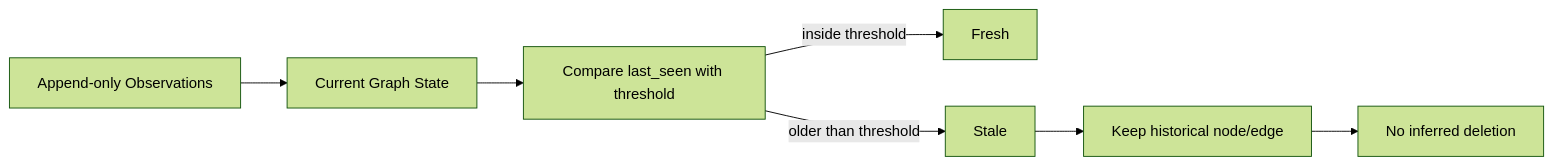
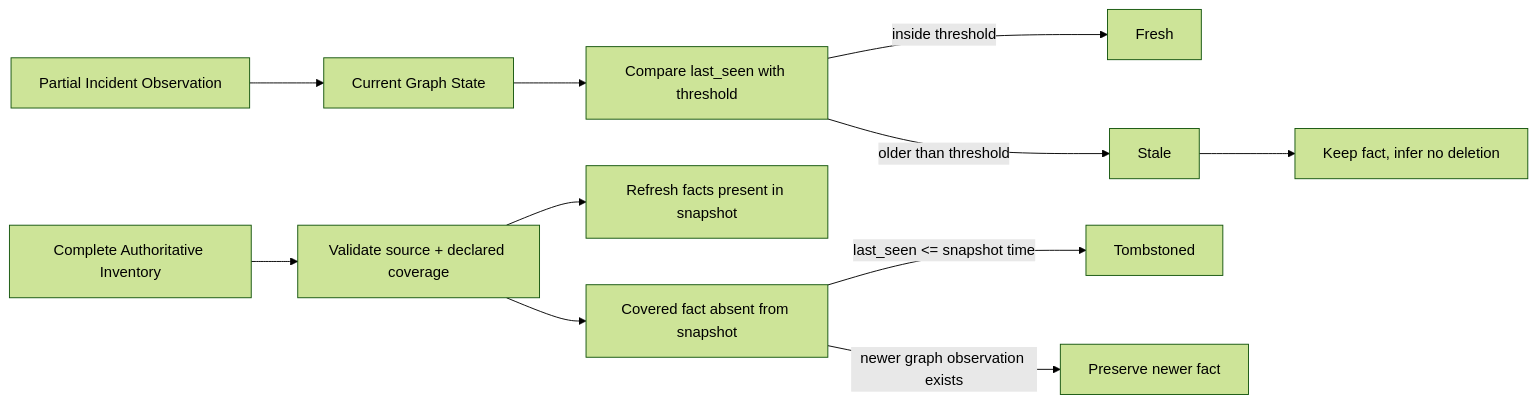
One commit to marcocristofolini/ai-sre-rca changed the second of 3 diagrams in docs/persistent-awareness-graph.md. Above: the diagram before and after it, drawn with Mermaid (forest theme). The commit also changed other lines of this file, not shown here.

Commit message:
docs: document authoritative inventory tombstone semantics

```diff
--- a/docs/persistent-awareness-graph.md
+++ b/docs/persistent-awareness-graph.md
@@ -56,9 +56,14 @@
 ~~~mermaid
 flowchart LR
-    CUR[Current Graph State] --> AGE[Compare last_seen with threshold]
+    INC[Partial Incident Observation] --> CUR[Current Graph State]
+    CUR --> AGE[Compare last_seen with threshold]
     AGE -->|inside threshold| F[Fresh]
     AGE -->|older than threshold| S[Stale]
-    OBS[Append-only Observations] --> CUR
-    S --> KEEP[Keep historical node/edge]
-    KEEP --> NO[No inferred deletion]
+    S --> KEEP[Keep fact, infer no deletion]
+
+    INV[Complete Authoritative Inventory] --> SCOPE[Validate source + declared coverage]
+    SCOPE --> PRESENT[Refresh facts present in snapshot]
+    SCOPE --> ABSENT[Covered fact absent from snapshot]
+    ABSENT -->|last_seen <= snapshot time| T[Tombstoned]
+    ABSENT -->|newer graph observation exists| SKIP[Preserve newer fact]
 ~~~
```
